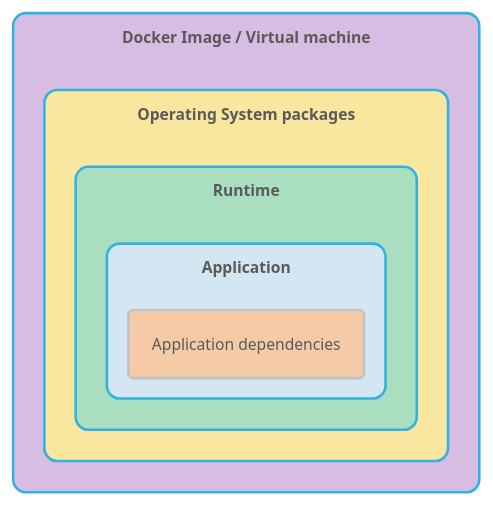
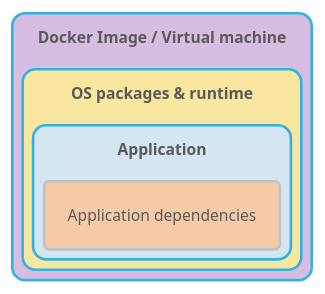
Before and after one commit to johanjanssen/Keep-Up-To-Date: the diagram in Presentation/architecture.puml, drawn with PlantUML. The commit also changed 2 other files, not shown here.

Commit message:
Include puml diagrams in presentation

```diff
--- a/Presentation/architecture.puml
+++ b/Presentation/architecture.puml
@@ -1,18 +1,16 @@
 @startuml
 !theme bluegray
+!pragma layout smetana
+skinparam backgroundColor transparent
 
 rectangle "Docker Image / Virtual machine" #D7BDE2 {
-
-    rectangle "Operating System packages" #F9E79F {
-
-        rectangle "Runtime" #A9DFBF {
-                rectangle "Application" #D4E6F1 {
-                        rectangle "Application dependencies" #F5CBA7 {
-                        }
-                }
+    rectangle "OS packages & runtime" #F9E79F {
+        rectangle "Application" #D4E6F1 {
+            rectangle "Application dependencies" #F5CBA7 {
+            }
         }
     }
 }
 
 
 @enduml
```
